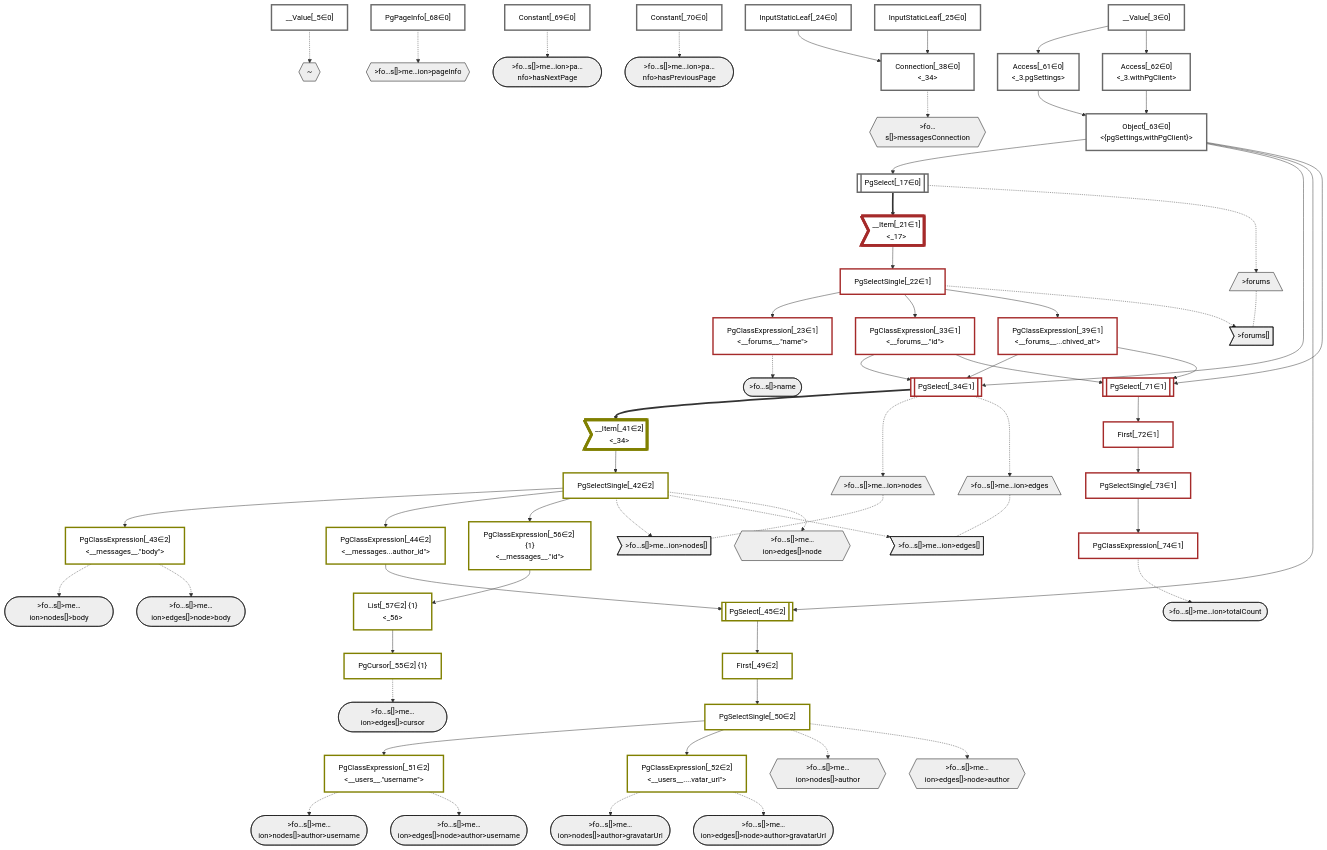
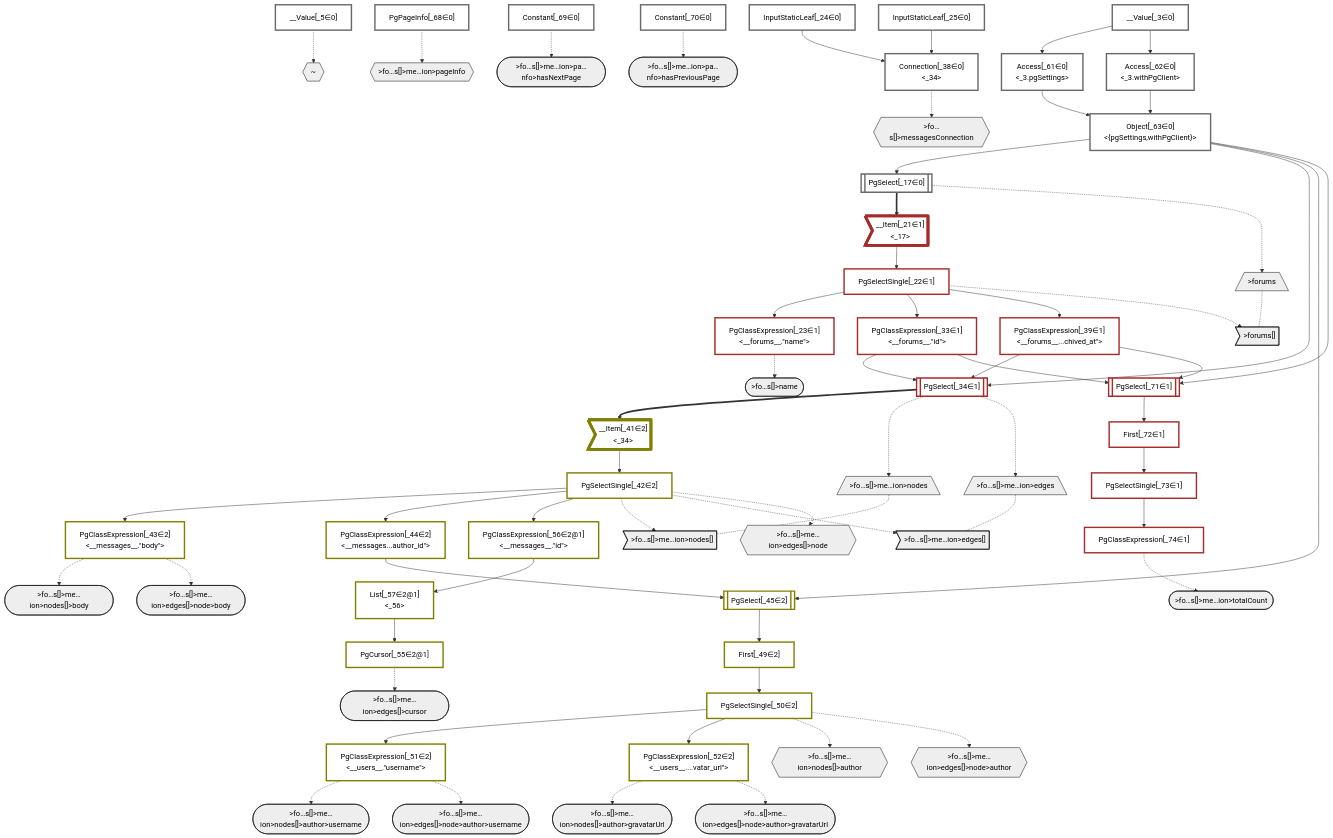
One commit to graphile/crystal changed the diagram in packages/dataplan-pg/__tests__/queries/conditions/archived-forum-inherited-messages.defer-5.deopt.mermaid.md. Above: the diagram before and after it, drawn with Mermaid. The commit also changed 41 other files, not shown here.

Commit message:
New mermaid output with primary group IDs

```diff
--- a/packages/dataplan-pg/__tests__/queries/conditions/archived-forum-inherited-messages.defer-5.deopt.mermaid.md
+++ b/packages/dataplan-pg/__tests__/queries/conditions/archived-forum-inherited-messages.defer-5.deopt.mermaid.md
@@ -75,9 +75,9 @@
     PgSelectSingle_50["PgSelectSingle[_50∈2]<br /><users>"]:::plan
     PgClassExpression_51["PgClassExpression[_51∈2]<br /><__users__.#quot;username#quot;>"]:::plan
     PgClassExpression_52["PgClassExpression[_52∈2]<br /><__users__....vatar_url#quot;>"]:::plan
-    PgCursor_55["PgCursor[_55∈2] {1}"]:::plan
-    PgClassExpression_56["PgClassExpression[_56∈2] {1}<br /><__messages__.#quot;id#quot;>"]:::plan
-    List_57["List[_57∈2] {1}<br /><_56>"]:::plan
+    PgCursor_55["PgCursor[_55∈2@1]"]:::plan
+    PgClassExpression_56["PgClassExpression[_56∈2@1]<br /><__messages__.#quot;id#quot;>"]:::plan
+    List_57["List[_57∈2@1]<br /><_56>"]:::plan
     Access_61["Access[_61∈0]<br /><_3.pgSettings>"]:::plan
     Access_62["Access[_62∈0]<br /><_3.withPgClient>"]:::plan
     Object_63["Object[_63∈0]<br /><{pgSettings,withPgClient}>"]:::plan
```
